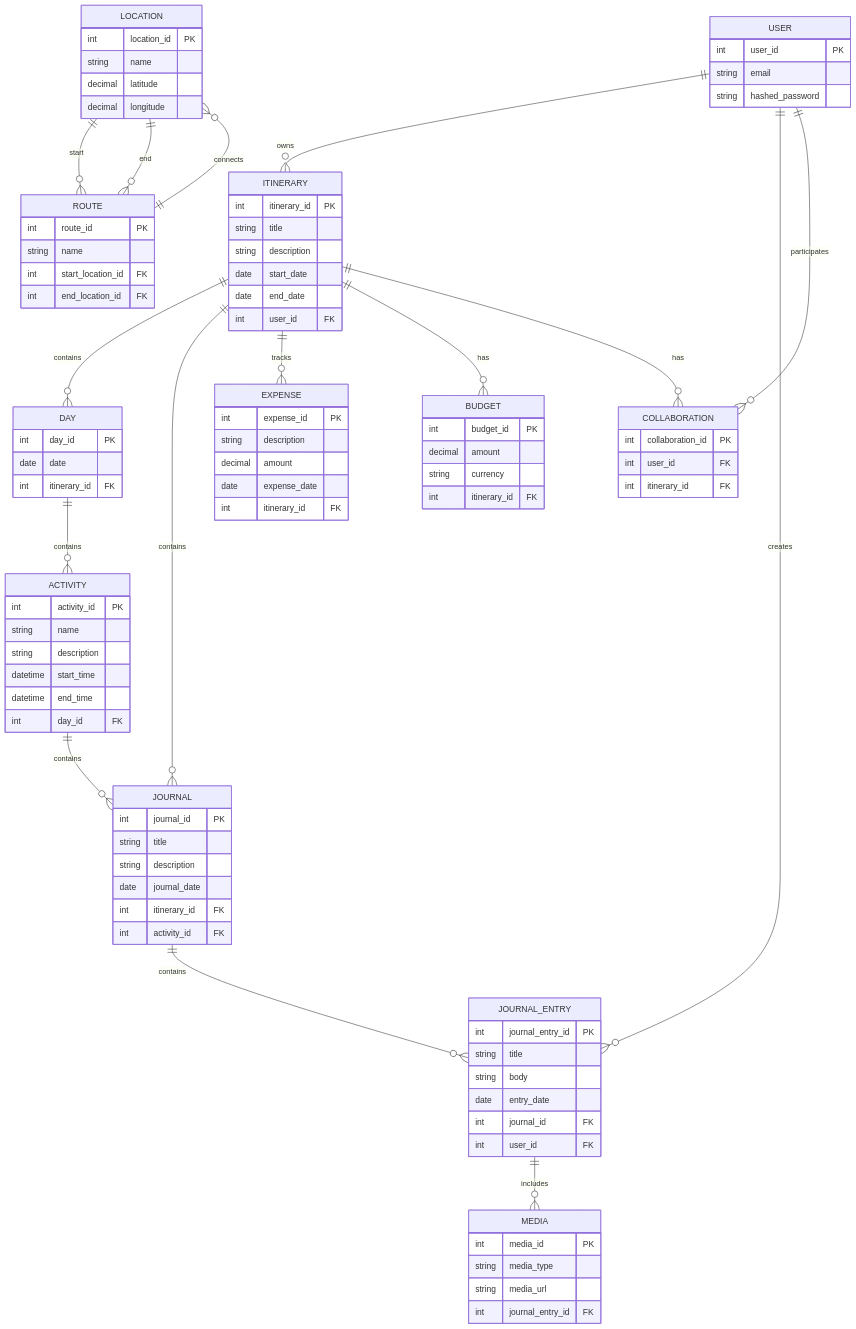
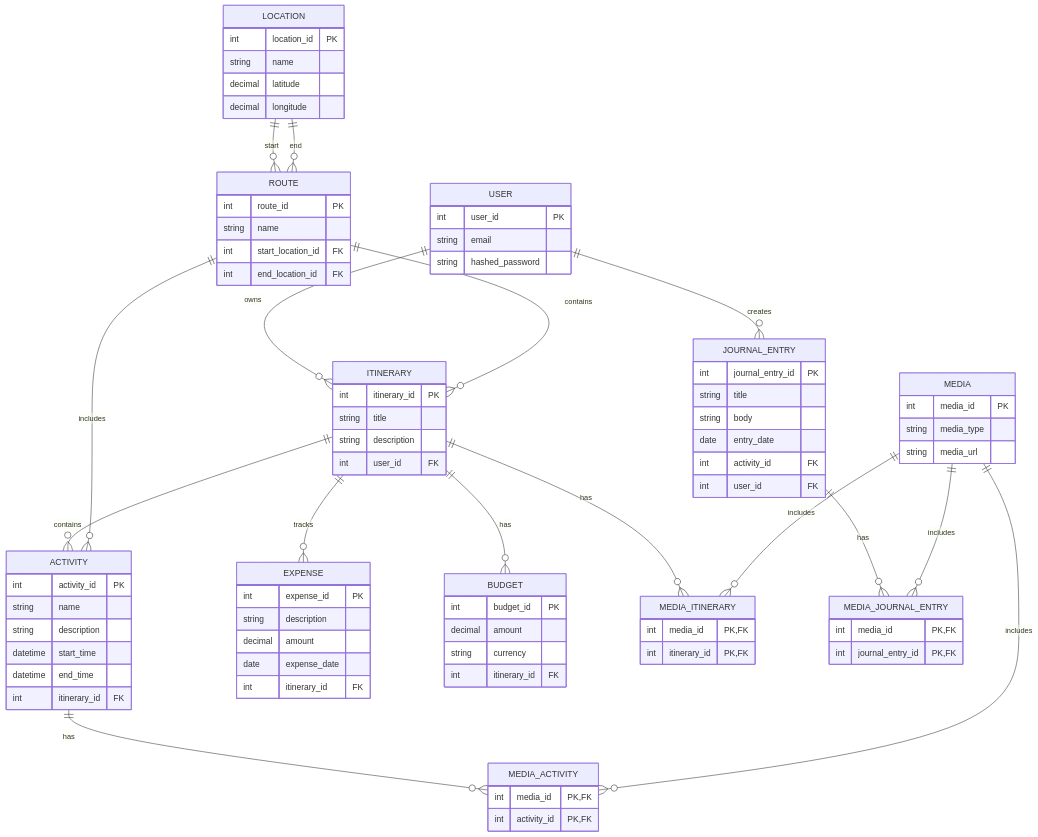
Before and after one commit to jarlah/JourniPlan: the diagram in README.md, drawn with Mermaid.

Commit message:
update mermaid

````diff
--- a/README.md
+++ b/README.md
@@ -25,14 +25,7 @@
         int itinerary_id PK
         string title
         string description
-        date start_date
-        date end_date
         int user_id FK
-    }
-    DAY {
-        int day_id PK
-        date date
-        int itinerary_id FK
     }
     ACTIVITY {
         int activity_id PK
@@ -40,29 +33,20 @@
         string description
         datetime start_time
         datetime end_time
-        int day_id FK
-    }
-    JOURNAL {
-        int journal_id PK
-        string title
-        string description
-        date journal_date
         int itinerary_id FK
-        int activity_id FK
     }
     JOURNAL_ENTRY {
         int journal_entry_id PK
         string title
         string body
         date entry_date
-        int journal_id FK
+        int activity_id FK
         int user_id FK
     }
     MEDIA {
         int media_id PK
         string media_type
         string media_url
-        int journal_entry_id FK
     }
     EXPENSE {
         int expense_id PK
@@ -89,25 +73,34 @@
         int start_location_id FK
         int end_location_id FK
     }
-    COLLABORATION {
-        int collaboration_id PK
-        int user_id FK
-        int itinerary_id FK
+
+    MEDIA_ITINERARY {
+        int media_id PK, FK
+        int itinerary_id PK, FK
     }
+    MEDIA_ACTIVITY {
+        int media_id PK, FK
+        int activity_id PK, FK
+    }
+    MEDIA_JOURNAL_ENTRY {
+        int media_id PK, FK
+        int journal_entry_id PK, FK
+    }
+
+    ITINERARY ||--o{ MEDIA_ITINERARY : has
+    MEDIA ||--o{ MEDIA_ITINERARY : includes
+    ACTIVITY ||--o{ MEDIA_ACTIVITY : has
+    MEDIA ||--o{ MEDIA_ACTIVITY : includes
+    JOURNAL_ENTRY ||--o{ MEDIA_JOURNAL_ENTRY : has
+    MEDIA ||--o{ MEDIA_JOURNAL_ENTRY : includes
 
     USER ||--o{ ITINERARY : owns
     USER ||--o{ JOURNAL_ENTRY : creates
-    ITINERARY ||--o{ DAY : contains
-    DAY ||--o{ ACTIVITY : contains
-    ITINERARY ||--o{ JOURNAL : contains
-    ACTIVITY ||--o{ JOURNAL : contains
-    JOURNAL ||--o{ JOURNAL_ENTRY : contains
-    JOURNAL_ENTRY ||--o{ MEDIA : includes
+    ITINERARY ||--o{ ACTIVITY : contains
     ITINERARY ||--o{ EXPENSE : tracks
     ITINERARY ||--o{ BUDGET : has
     LOCATION ||--o{ ROUTE : start
     LOCATION ||--o{ ROUTE : end
-    ROUTE ||--o{ LOCATION : connects
-    USER ||--o{ COLLABORATION : participates
-    ITINERARY ||--o{ COLLABORATION : has
+    ROUTE ||--o{ ACTIVITY : includes
+    ROUTE ||--o{ ITINERARY : contains
 ```
````
